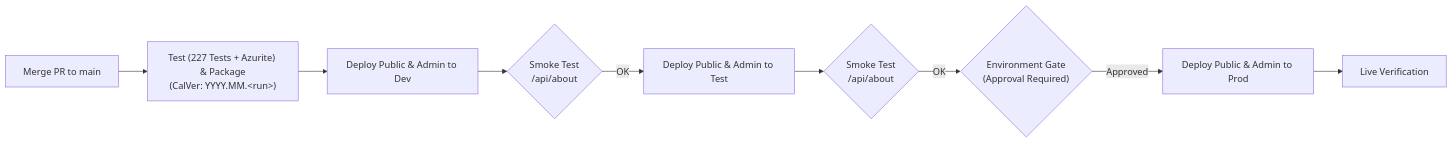
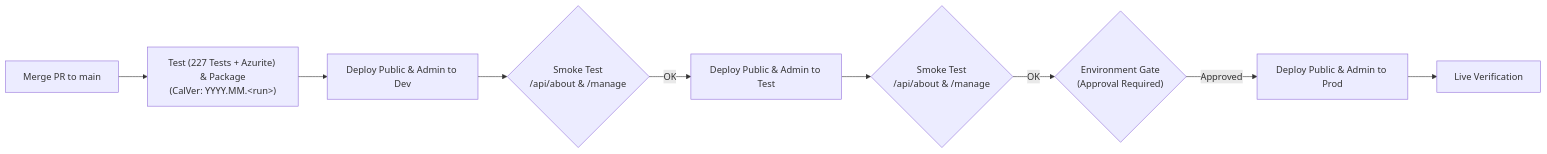
Before and after one commit to DFE-Digital/estate-data-collection: the diagram in docs/DEPLOYMENT.md, drawn with Mermaid. The commit also changed other lines of this file and 4 other files, not shown here.

````diff
--- a/docs/DEPLOYMENT.md
+++ b/docs/DEPLOYMENT.md
@@ -61,11 +61,11 @@
 ```mermaid
 flowchart LR
     Merge["Merge PR to main"] --> Build["Test (227 Tests + Azurite) &amp; Package\n(CalVer: YYYY.MM.&lt;run&gt;)"]
     Build --> Dev["Deploy Public &amp; Admin to Dev"]
-    Dev --> SmokeDev{"Smoke Test\n/api/about"}
+    Dev --> SmokeDev{"Smoke Test\n/api/about &amp; /manage"}
     SmokeDev -- OK --> Test["Deploy Public &amp; Admin to Test"]
-    Test --> SmokeTest{"Smoke Test\n/api/about"}
+    Test --> SmokeTest{"Smoke Test\n/api/about &amp; /manage"}
     SmokeTest -- OK --> Gate{"Environment Gate\n(Approval Required)"}
     Gate -- Approved --> Prod["Deploy Public &amp; Admin to Prod"]
     Prod --> SmokeProd["Live Verification"]
 ```
````
